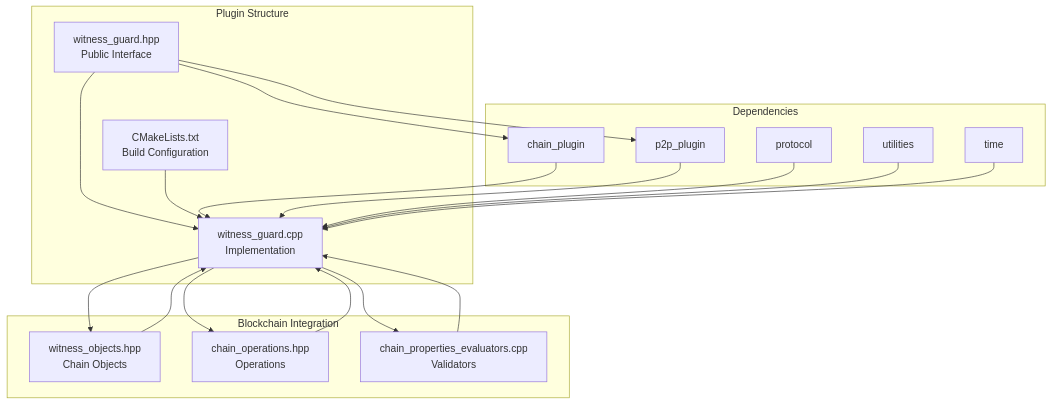
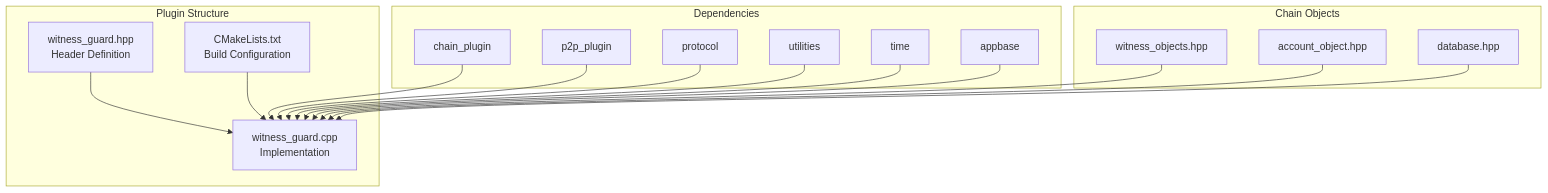
Before and after one commit to VIZ-Blockchain/viz-cpp-node: the first of 4 diagrams in .qoder/repowiki/en/content/Plugin System/Witness Guard Plugin.md, drawn with Mermaid. The commit also changed other lines of this file and 4 other files, not shown here.

````diff
--- a/.qoder/repowiki/en/content/Plugin System/Witness Guard Plugin.md
+++ b/.qoder/repowiki/en/content/Plugin System/Witness Guard Plugin.md
@@ -36,24 +36,20 @@
 ```mermaid
 graph TB
 subgraph "Plugin Structure"
-A[witness_guard.hpp<br/>Public Interface] --> B[witness_guard.cpp<br/>Implementation]
+A[witness_guard.hpp<br/>Header Definition] --> B[witness_guard.cpp<br/>Implementation]
 C[CMakeLists.txt<br/>Build Configuration] --> B
 end
 subgraph "Dependencies"
 D[chain_plugin] --> B
 E[p2p_plugin] --> B
 F[protocol] --> B
 G[utilities] --> B
 H[time] --> B
+I[appbase] --> B
 end
-subgraph "Blockchain Integration"
-I[witness_objects.hpp<br/>Chain Objects] --> B
-J[chain_operations.hpp<br/>Operations] --> B
-K[chain_properties_evaluators.cpp<br/>Validators] --> B
+subgraph "Chain Objects"
+J[witness_objects.hpp] --> B
+K[account_object.hpp] --> B
+L[database.hpp] --> B
 end
-A --> D
-A --> E
-B --> I
-B --> J
-B --> K
 ```
````
